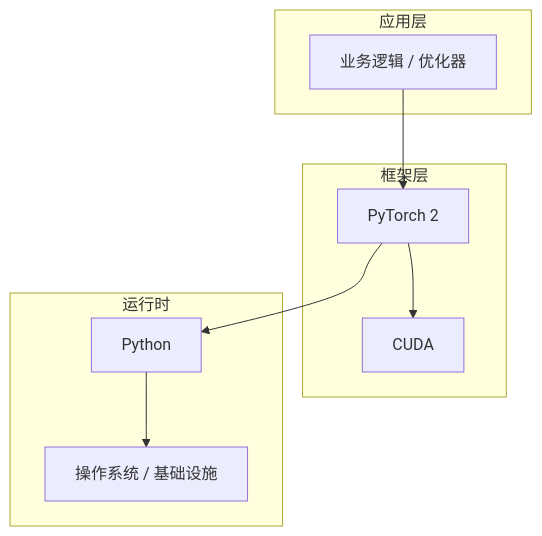
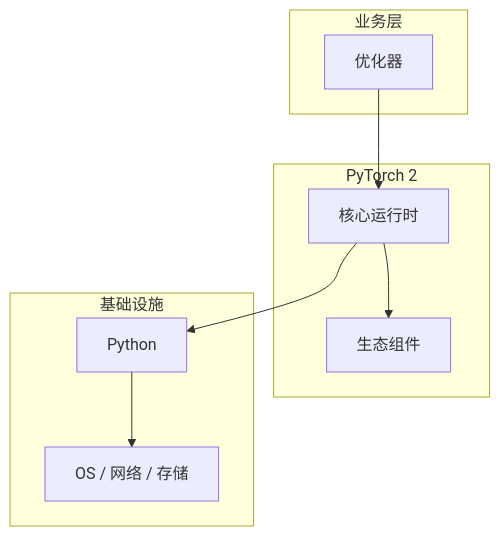
Before and after one commit to yanggan2015/knowledge-json-v2: the diagram in articles/深度学习/chapters/031-优化器核心概念与原理.md, drawn with Mermaid. The commit also changed other lines of this file and 10127 other files, not shown here.

````diff
--- a/articles/深度学习/chapters/031-优化器核心概念与原理.md
+++ b/articles/深度学习/chapters/031-优化器核心概念与原理.md
@@ -45,18 +30,18 @@
 ```mermaid
 graph TB
-    subgraph 应用层
-        A[业务逻辑 / 优化器]
+    subgraph 业务层
+        A[优化器]
     end
-    subgraph 框架层
-        B[PyTorch 2]
-        C[CUDA]
+    subgraph PyTorch 2
+        B[核心运行时]
+        C[生态组件]
     end
-    subgraph 运行时
+    subgraph 基础设施
         D[Python]
-        E[操作系统 / 基础设施]
+        E[OS / 网络 / 存储]
     end
     A --> B
     B --> C
     B --> D
     D --> E
 ```
````
